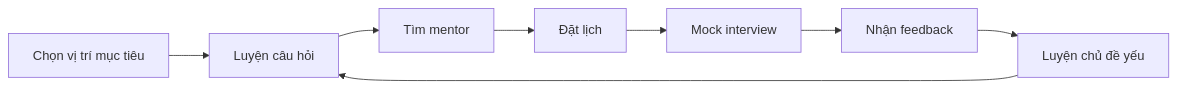
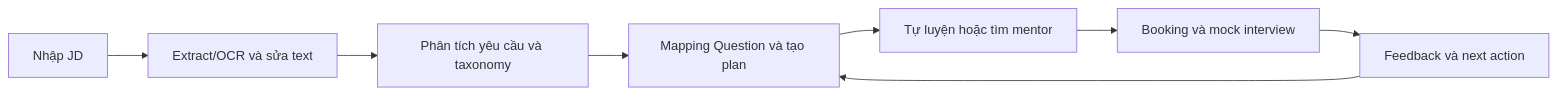
One commit to tnnhuaa/InterviewQuestionBank changed the diagram in docs/Project_Proposal/Project_Proposal_Draft.md. Above: the diagram before and after it, drawn with Mermaid. The commit also changed other lines of this file and 16 other files, not shown here.

````diff
--- a/docs/Project_Proposal/Project_Proposal_Draft.md
+++ b/docs/Project_Proposal/Project_Proposal_Draft.md
@@ -42,10 +54,10 @@
 ```mermaid
 flowchart LR
-    A["Chọn vị trí mục tiêu"] --> B["Luyện câu hỏi"]
-    B --> C["Tìm mentor"]
-    C --> D["Đặt lịch"]
-    D --> E["Mock interview"]
-    E --> F["Nhận feedback"]
-    F --> G["Luyện chủ đề yếu"]
-    G --> B
+    A["Nhập JD"] --> B["Extract/OCR và sửa text"]
+    B --> C["Phân tích yêu cầu và taxonomy"]
+    C --> D["Mapping Question và tạo plan"]
+    D --> E["Tự luyện hoặc tìm mentor"]
+    E --> F["Booking và mock interview"]
+    F --> G["Feedback và next action"]
+    G --> D
 ```
````
